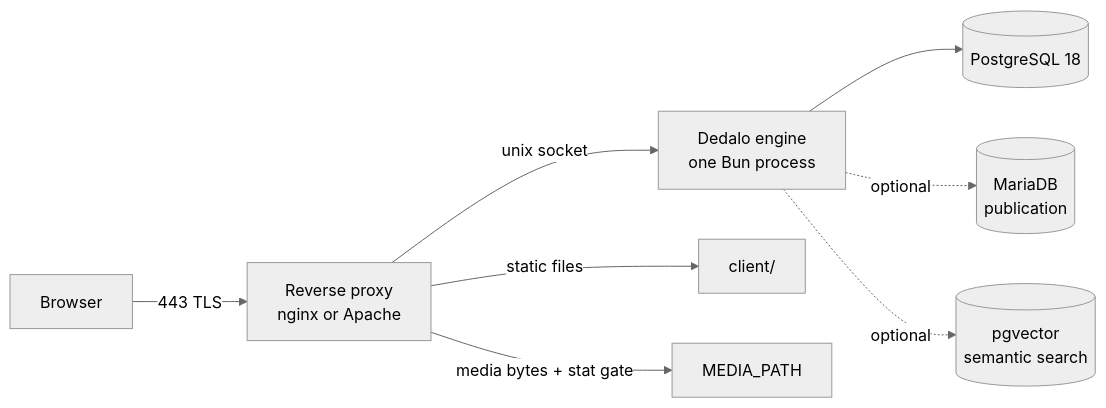
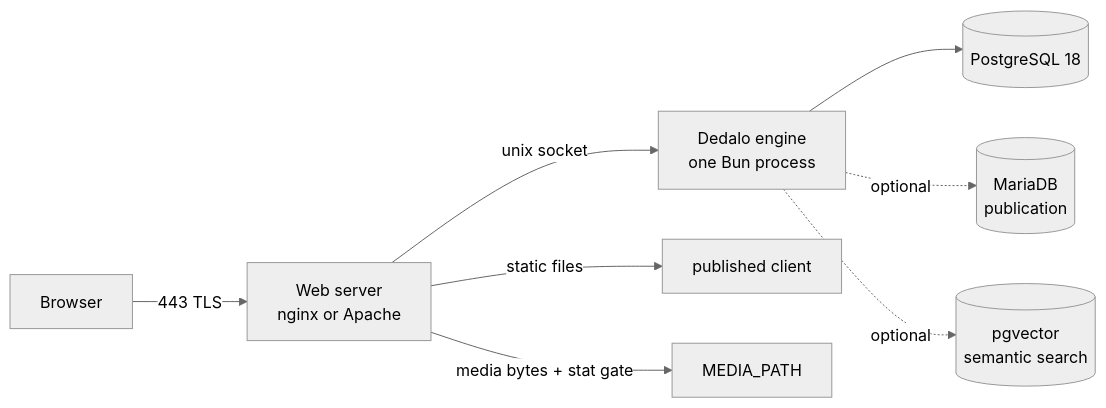
Before and after one commit to renderpci/dedalo: the diagram in docs/install/index.md, drawn with Mermaid (neutral theme). The commit also changed other lines of this file and 66 other files, not shown here.

````diff
--- a/docs/install/index.md
+++ b/docs/install/index.md
@@ -9,10 +9,10 @@
 ```mermaid
 flowchart LR
-    U[Browser] -->|443 TLS| P[Reverse proxy<br/>nginx or Apache]
+    U[Browser] -->|443 TLS| P[Web server<br/>nginx or Apache]
     P -->|unix socket| E[Dedalo engine<br/>one Bun process]
-    P -->|static files| C[client/]
+    P -->|static files| C[published client]
     P -->|media bytes + stat gate| M[MEDIA_PATH]
     E --> DB[(PostgreSQL 18)]
     E -.->|optional| MD[(MariaDB<br/>publication)]
     E -.->|optional| V[(pgvector<br/>semantic search)]
 ```
````
